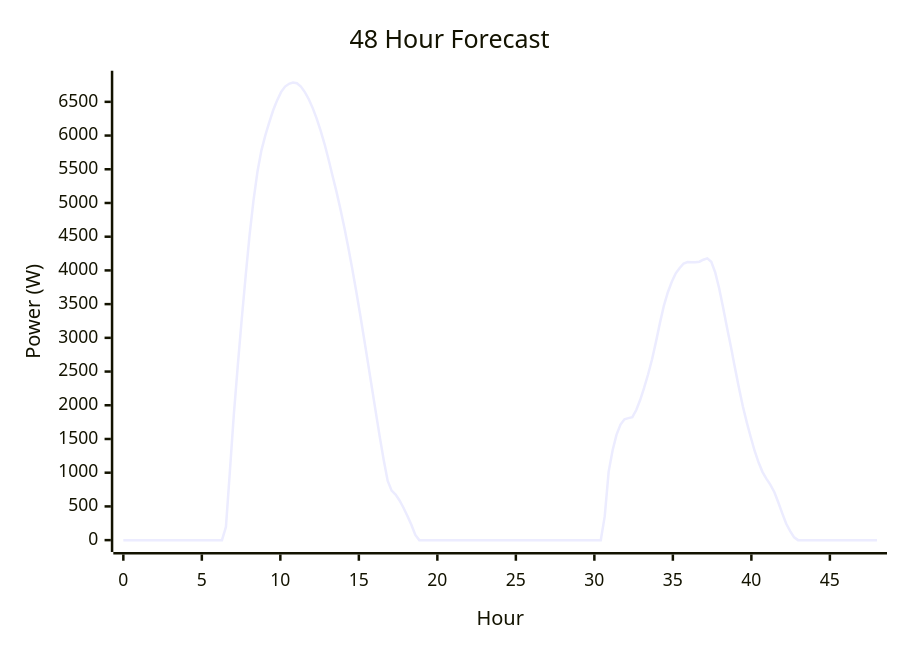
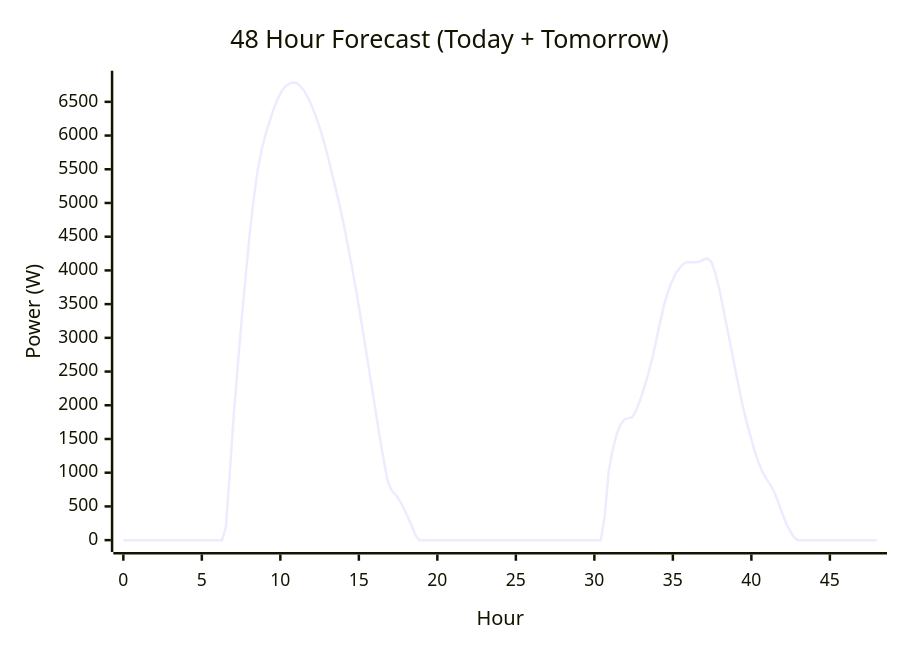
One commit to hass-energy/haeo changed the fifth of 6 diagrams in docs/user-guide/forecasts-and-sensors.md. Above: the diagram before and after it, drawn with Mermaid. The commit also changed other lines of this file and 7 other files, not shown here.

Commit message:
Go to using the normal mermaid config

````diff
--- a/docs/user-guide/forecasts-and-sensors.md
+++ b/docs/user-guide/forecasts-and-sensors.md
@@ -204,7 +247,7 @@
 ```mermaid
 xychart-beta
-    title "48 Hour Forecast"
+    title "48 Hour Forecast (Today + Tomorrow)"
     x-axis "Hour" 0 --> 48
     y-axis "Power (W)"
     line [0, 0, 0, 0, 0, 0, 0, 0, 0, 0, 0, 0, 0, 0, 0, 0, 0, 0, 0, 0, 0, 0, 0, 0, 0, 0, 195, 1015, 1857, 2584, 3272, 3916, 4527, 5042, 5467, 5781, 6006, 6199, 6379, 6525, 6648, 6727, 6768, 6785, 6776, 6727, 6645, 6539, 6407, 6251, 6072, 5874, 5649, 5408, 5172, 4915, 4640, 4344, 4030, 3699, 3353, 2995, 2628, 2260, 1891, 1527, 1184, 878, 734, 675, 588, 480, 358, 228, 76, 0, 0, 0, 0, 0, 0, 0, 0, 0, 0, 0, 0, 0, 0, 0, 0, 0, 0, 0, 0, 0, 0, 0, 0, 0, 0, 0, 0, 0, 0, 0, 0, 0, 0, 0, 0, 0, 0, 0, 0, 0, 0, 0, 0, 0, 0, 0, 352, 1016, 1332, 1564, 1713, 1793, 1809, 1824, 1930, 2081, 2261, 2460, 2683, 2944, 3222, 3479, 3677, 3831, 3957, 4036, 4103, 4125, 4122, 4121, 4129, 4159, 4178, 4127, 3970, 3736, 3449, 3150, 2865, 2557, 2265, 1985, 1746, 1529, 1322, 1150, 1009, 909, 820, 710, 557, 396, 243, 133, 41, 0, 0, 0, 0, 0, 0, 0, 0, 0, 0, 0, 0, 0, 0, 0, 0, 0, 0, 0, 0, 0]
 ```
````
